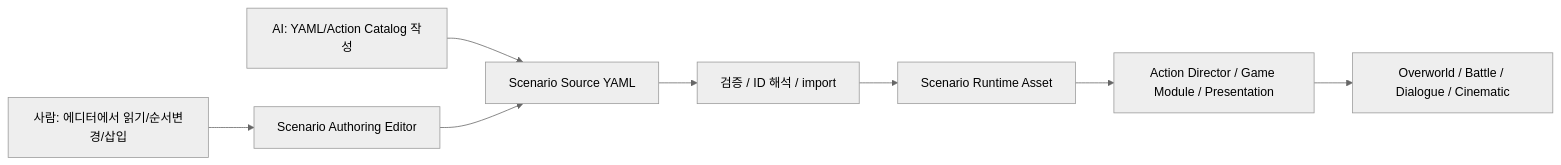
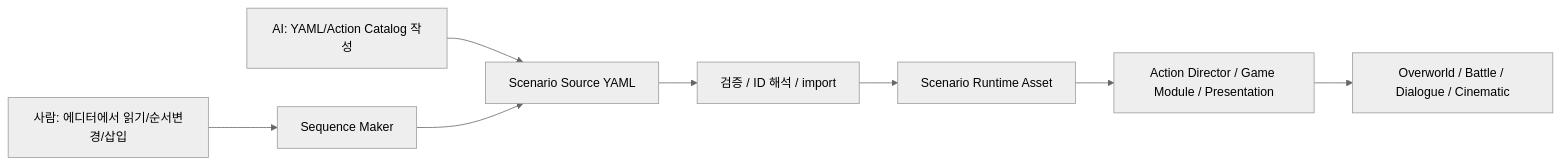
The diagram in AIAssets/yjlim/feedback/scenario-authoring-pipeline-2026-06-14.md (LAPILA/HubToHome), drawn with Mermaid (neutral theme) before and after one commit. The commit also changed other lines of this file and 16 other files, not shown here.

First line of the commit message:
docs: rename scenario editor to sequence maker

````diff
--- a/AIAssets/yjlim/feedback/scenario-authoring-pipeline-2026-06-14.md
+++ b/AIAssets/yjlim/feedback/scenario-authoring-pipeline-2026-06-14.md
@@ -10,10 +10,10 @@
 ```mermaid
 flowchart LR
-    Human["사람: 에디터에서 읽기/순서변경/삽입"] --> Editor["Scenario Authoring Editor"]
+    Human["사람: 에디터에서 읽기/순서변경/삽입"] --> Editor["Sequence Maker"]
     AI["AI: YAML/Action Catalog 작성"] --> Source["Scenario Source YAML"]
     Editor --> Source
     Source --> Validate["검증 / ID 해석 / import"]
     Validate --> Asset["Scenario Runtime Asset"]
     Asset --> Runtime["Action Director / Game Module / Presentation"]
     Runtime --> Result["Overworld / Battle / Dialogue / Cinematic"]
 ```
````
